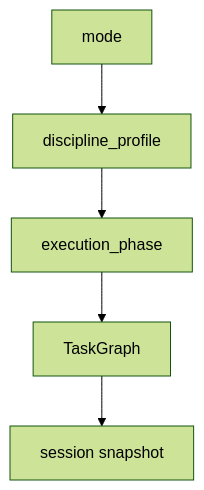
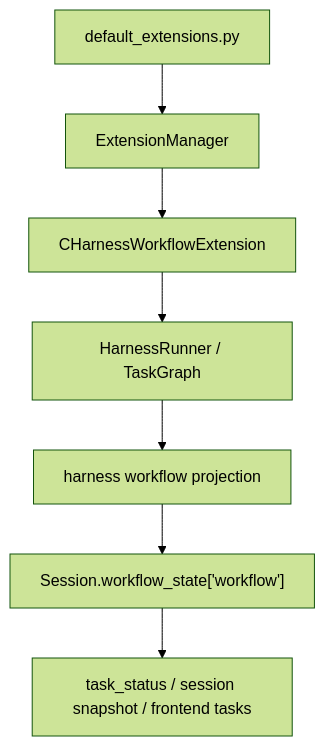
The diagram in docs/modules/harness.md (czh869452912/ccode-win7), drawn with Mermaid (forest theme) before and after one commit. The commit also changed other lines of this file and 6 other files, not shown here.

````diff
--- a/docs/modules/harness.md
+++ b/docs/modules/harness.md
@@ -53,7 +58,9 @@
 ```mermaid
 flowchart TD
-    A["mode"] --> B["discipline_profile"]
-    B --> C["execution_phase"]
-    C --> D["TaskGraph"]
-    D --> E["session snapshot"]
+    A["default_extensions.py"] --> B["ExtensionManager"]
+    B --> C["CHarnessWorkflowExtension"]
+    C --> D["HarnessRunner / TaskGraph"]
+    D --> E["harness workflow projection"]
+    E --> F["Session.workflow_state['workflow']"]
+    F --> G["task_status / session snapshot / frontend tasks"]
 ```
````
